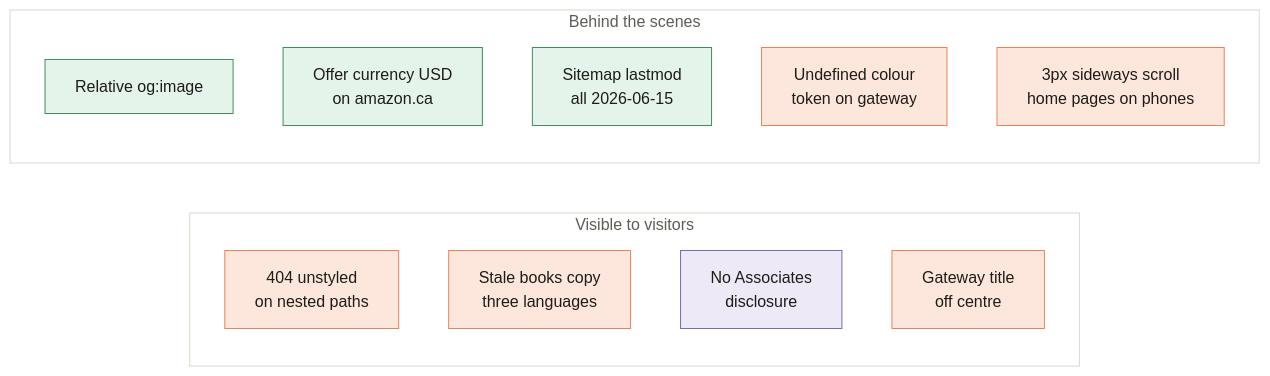
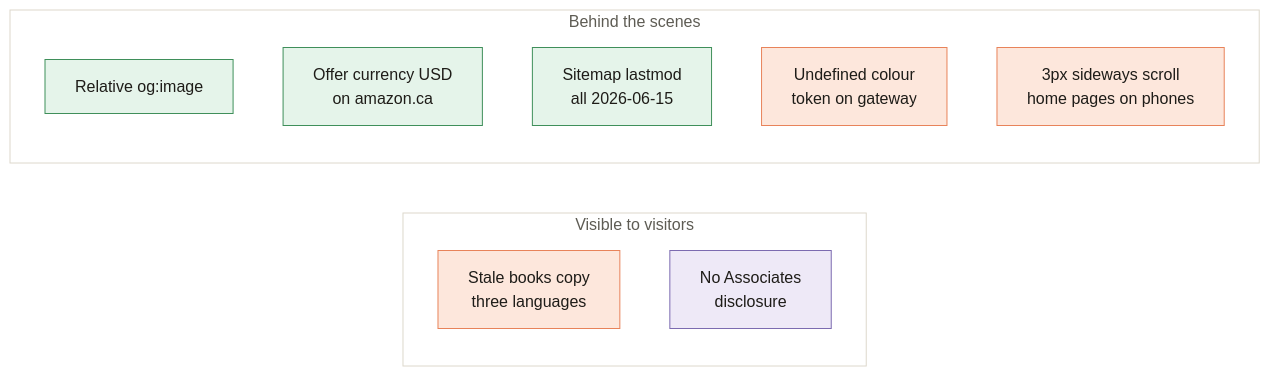
The diagram in docs/wiki/Known-Issues.md (vijaybpanangi/ezziclarity), drawn with Mermaid before and after one commit. The commit also changed other lines of this file and 12 other files, not shown here.

First line of the commit message:
Style the 404 page on every path, centre the gateway heading, fix doc slips

````diff
--- a/docs/wiki/Known-Issues.md
+++ b/docs/wiki/Known-Issues.md
@@ -12,23 +8,21 @@
 ```mermaid
 flowchart LR
     subgraph Visible[Visible to visitors]
-      I1[404 unstyled<br/>on nested paths]:::ours
       I2[Stale books copy<br/>three languages]:::ours
       I3[No Associates<br/>disclosure]:::thirdparty
-      I4[Gateway title<br/>off centre]:::ours
     end
     subgraph Hidden[Behind the scenes]
       I5[Relative og:image]:::visitor
       I6[Offer currency USD<br/>on amazon.ca]:::visitor
       I7[Sitemap lastmod<br/>all 2026-06-15]:::visitor
       I8[Undefined colour<br/>token on gateway]:::ours
       I9[3px sideways scroll<br/>home pages on phones]:::ours
     end
 
     style Visible fill:#FFFFFF,stroke:#DDD8CC,color:#5e5c54
     style Hidden fill:#FFFFFF,stroke:#DDD8CC,color:#5e5c54
 
     classDef ours fill:#FDE7DC,stroke:#E8835A,color:#1e1c18
     classDef thirdparty fill:#EEE9F7,stroke:#7C6BB0,color:#1e1c18
     classDef visitor fill:#E5F4EA,stroke:#3F8F5A,color:#1e1c18
 ```
````
